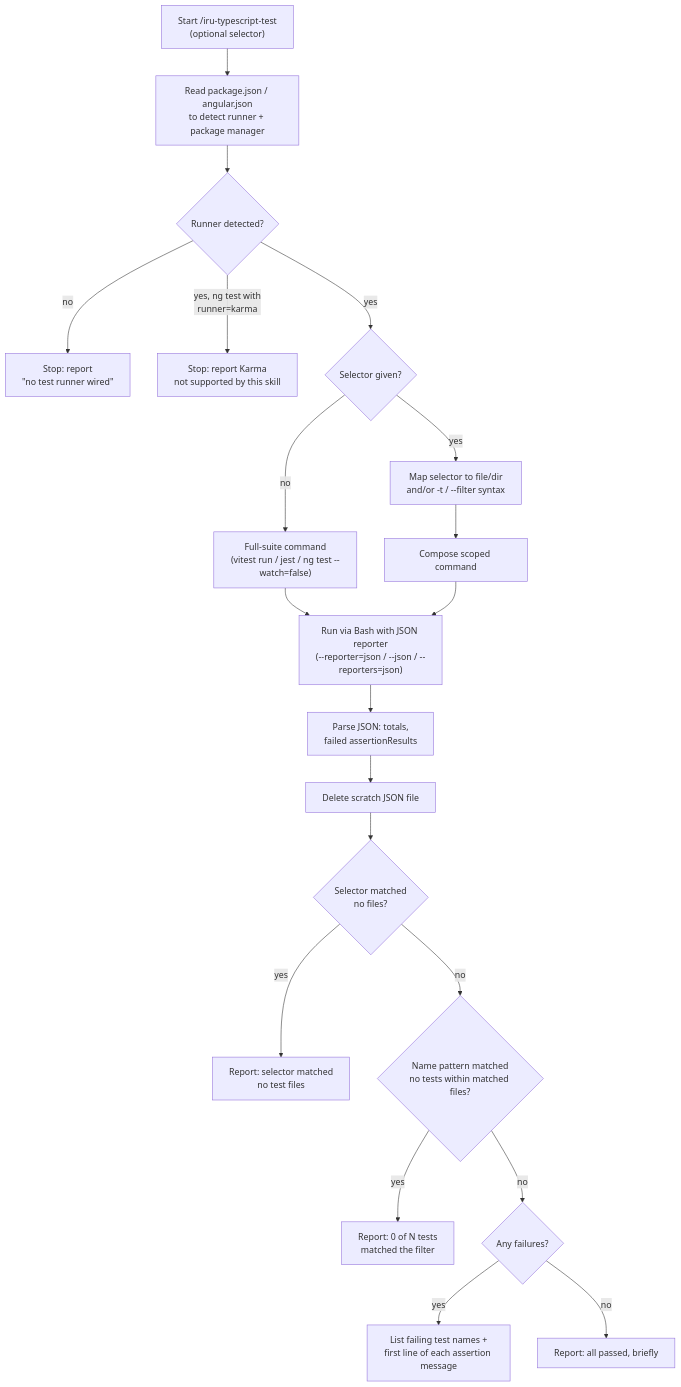
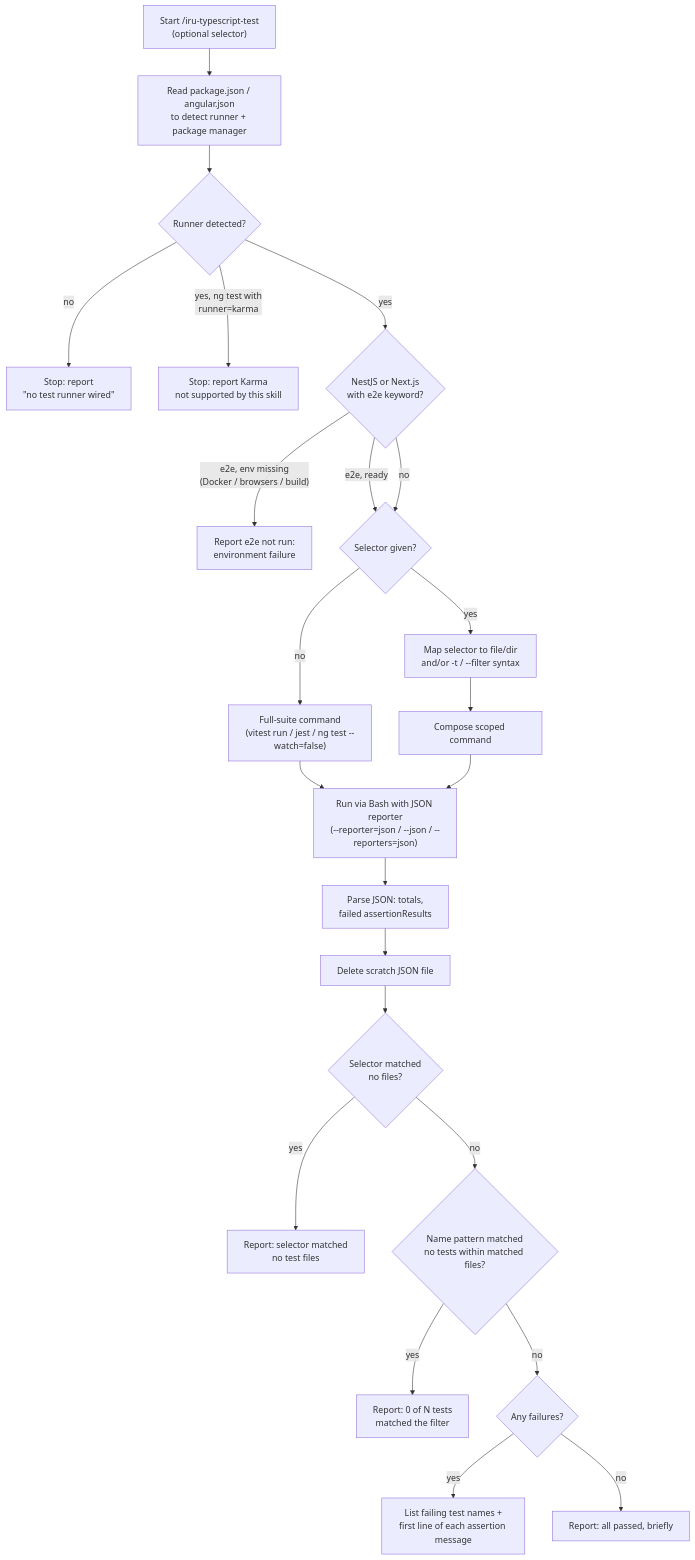
One commit to albertoirurueta/ai-catalog changed the diagram in docs/modules/ROOT/pages/skills/iru-typescript-test.adoc. Above: the diagram before and after it, drawn with Mermaid. The commit also changed other lines of this file and 234 other files, not shown here.

First line of the commit message:
Support Kotlin Spring Boot, Quarkus, PHP, NestJS and Next.js (#19)

```diff
--- a/docs/modules/ROOT/pages/skills/iru-typescript-test.adoc
+++ b/docs/modules/ROOT/pages/skills/iru-typescript-test.adoc
@@ -121,23 +149,26 @@
 [mermaid]
 ....
 flowchart TD
     A["Start /iru-typescript-test\n(optional selector)"] --> B["Read package.json / angular.json\nto detect runner + package manager"]
     B --> C{Runner detected?}
     C -- no --> D["Stop: report\n&quot;no test runner wired&quot;"]
     C -- yes, ng test with\nrunner=karma --> E["Stop: report Karma\nnot supported by this skill"]
-    C -- yes --> F{Selector given?}
+    C -- yes --> C2{"NestJS or Next.js\nwith e2e keyword?"}
+    C2 -- "e2e, env missing\n(Docker / browsers / build)" --> C3["Report e2e not run:\nenvironment failure"]
+    C2 -- "e2e, ready" --> F
+    C2 -- "no" --> F{Selector given?}
     F -- no --> G["Full-suite command\n(vitest run / jest / ng test --watch=false)"]
     F -- yes --> H["Map selector to file/dir\nand/or -t / --filter syntax"]
     H --> I["Compose scoped command"]
     G --> J["Run via Bash with JSON reporter\n(--reporter=json / --json / --reporters=json)"]
     I --> J
     J --> K["Parse JSON: totals,\nfailed assertionResults"]
     K --> L["Delete scratch JSON file"]
     L --> M{Selector matched\nno files?}
     M -- yes --> N["Report: selector matched\nno test files"]
     M -- no --> O{Name pattern matched\nno tests within matched files?}
     O -- yes --> P["Report: 0 of N tests\nmatched the filter"]
     O -- no --> Q{Any failures?}
     Q -- yes --> R["List failing test names +\nfirst line of each assertion message"]
     Q -- no --> S["Report: all passed, briefly"]
 ....
```
